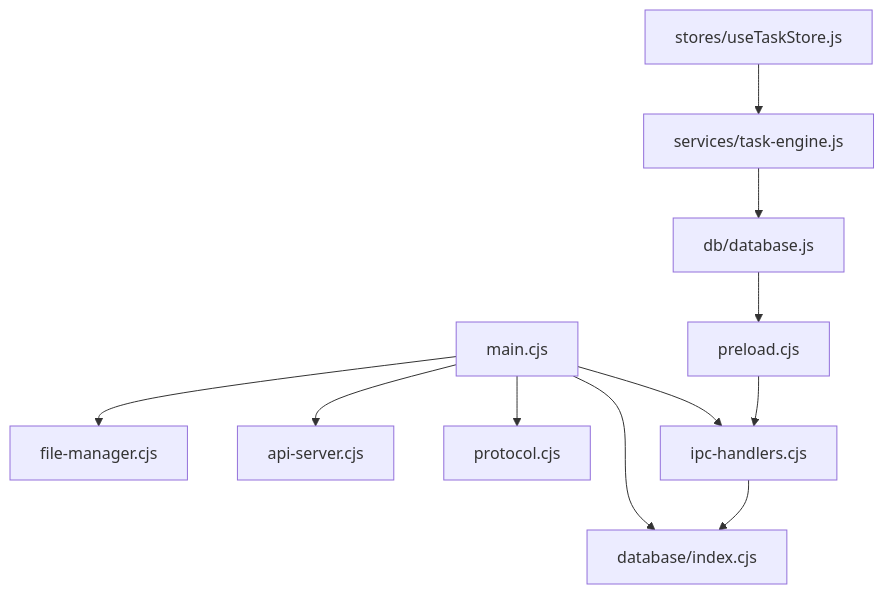
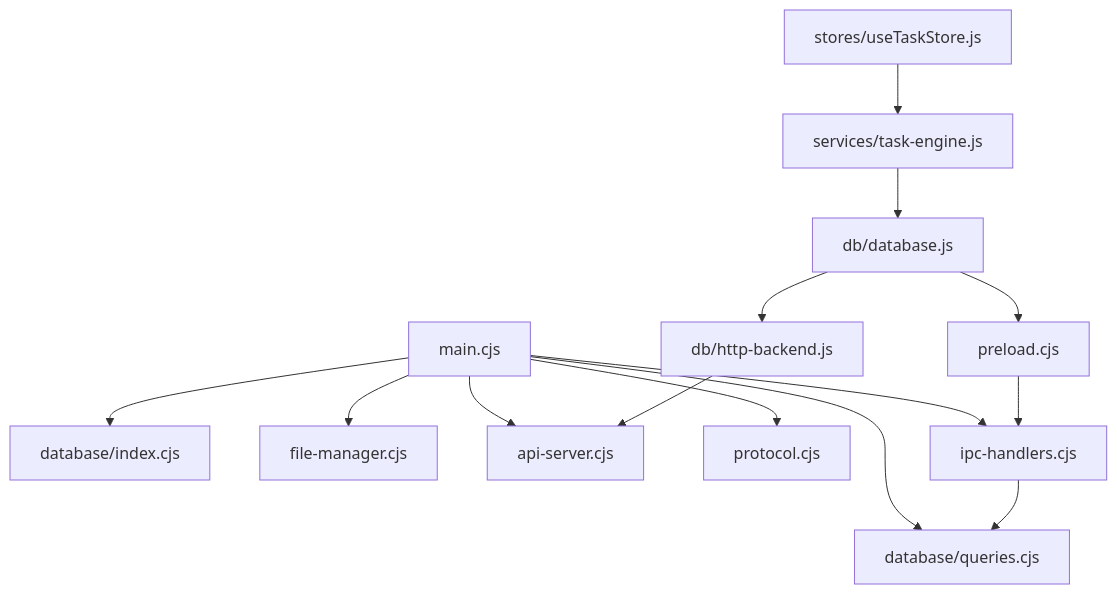
Before and after one commit to AlbusWei/AI-Image-Studio: diagram 12 of 12 in .qoder/repowiki/zh/content/架构设计/Electron 桌面应用架构.md, drawn with Mermaid. The commit also changed other lines of this file and 26 other files, not shown here.

First line of the commit message:
fix: 修复 Electron 模式下 Gallery 无法显示图片的 3 个断裂点

````diff
--- a/.qoder/repowiki/zh/content/架构设计/Electron 桌面应用架构.md
+++ b/.qoder/repowiki/zh/content/架构设计/Electron 桌面应用架构.md
@@ -458,13 +567,16 @@
 ```mermaid
 graph TB
 Main["main.cjs"] --> DBI["database/index.cjs"]
+Main --> DBQ["database/queries.cjs"]
 Main --> FM["file-manager.cjs"]
 Main --> API["api-server.cjs"]
 Main --> PR["protocol.cjs"]
 Main --> IPC["ipc-handlers.cjs"]
-IPC --> DBI
+IPC --> DBQ
 Pre["preload.cjs"] --> IPC
 DBF["db/database.js"] --> Pre
+DBF --> HTTPB["db/http-backend.js"]
+HTTPB --> API
 TE["services/task-engine.js"] --> DBF
 TS["stores/useTaskStore.js"] --> TE
 ```
````
